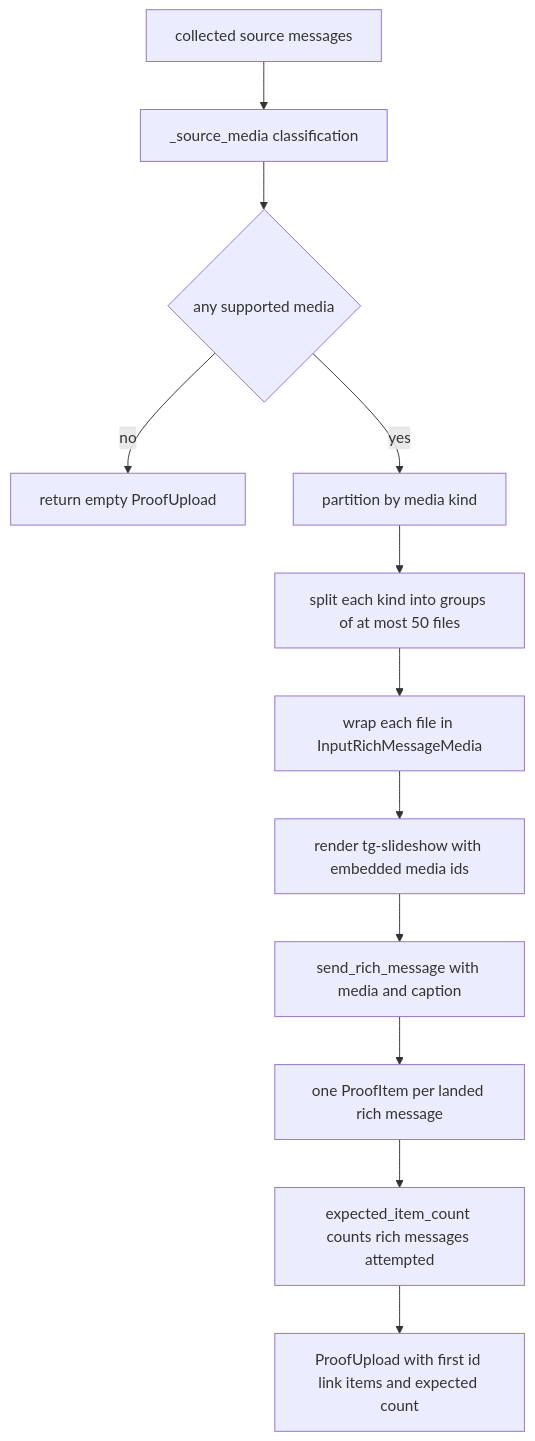
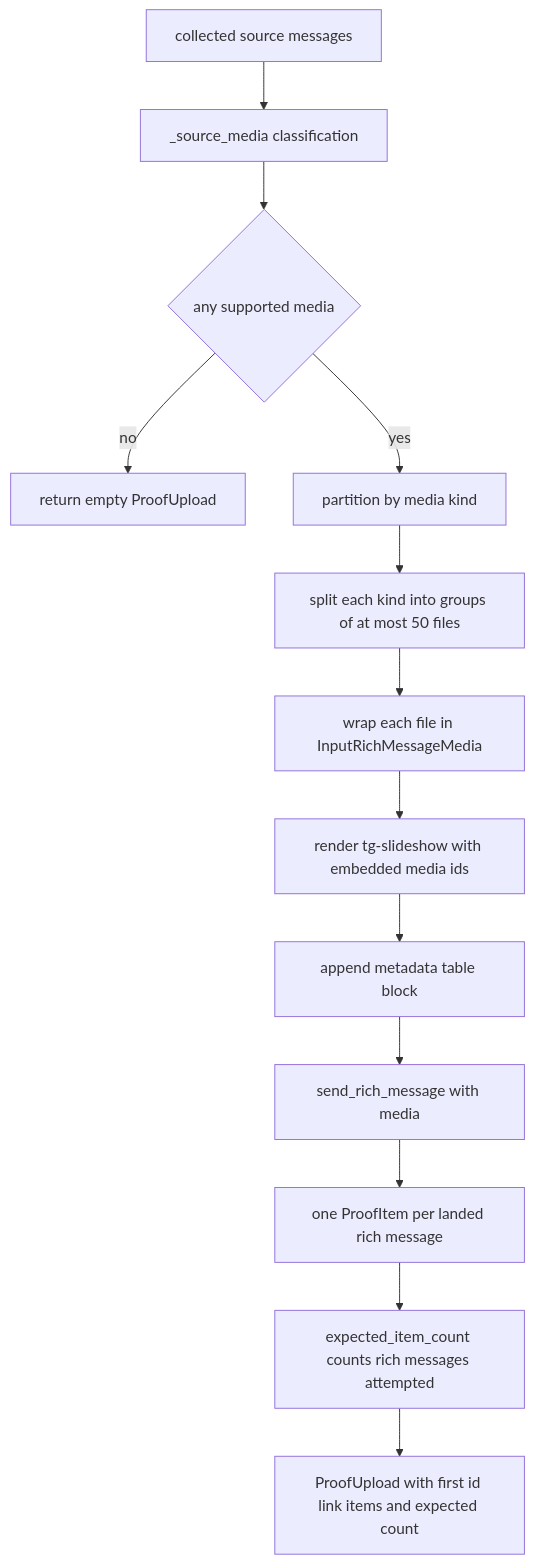
The third of 4 diagrams in docs/flows/proof.md (D1ZZY4/tcbot), drawn with Mermaid before and after one commit. The commit also changed other lines of this file and 8 other files, not shown here.

````diff
--- a/docs/flows/proof.md
+++ b/docs/flows/proof.md
@@ -93,14 +93,15 @@
 ```mermaid
 flowchart TD
     MSG[collected source messages] --> CLASS[_source_media classification]
     CLASS --> NONE{any supported media}
     NONE -->|no| EMPTY[return empty ProofUpload]
     NONE -->|yes| KIND[partition by media kind]
     KIND --> CHUNK[split each kind into groups of at most 50 files]
     CHUNK --> MEDIA[wrap each file in InputRichMessageMedia]
     MEDIA --> HTML[render tg-slideshow with embedded media ids]
-    HTML --> SEND[send_rich_message with media and caption]
+    HTML --> TABLE[append metadata table block]
+    TABLE --> SEND[send_rich_message with media]
     SEND --> LAND[one ProofItem per landed rich message]
     LAND --> COUNT[expected_item_count counts rich messages attempted]
     COUNT --> UP[ProofUpload with first id link items and expected count]
 ```
````
